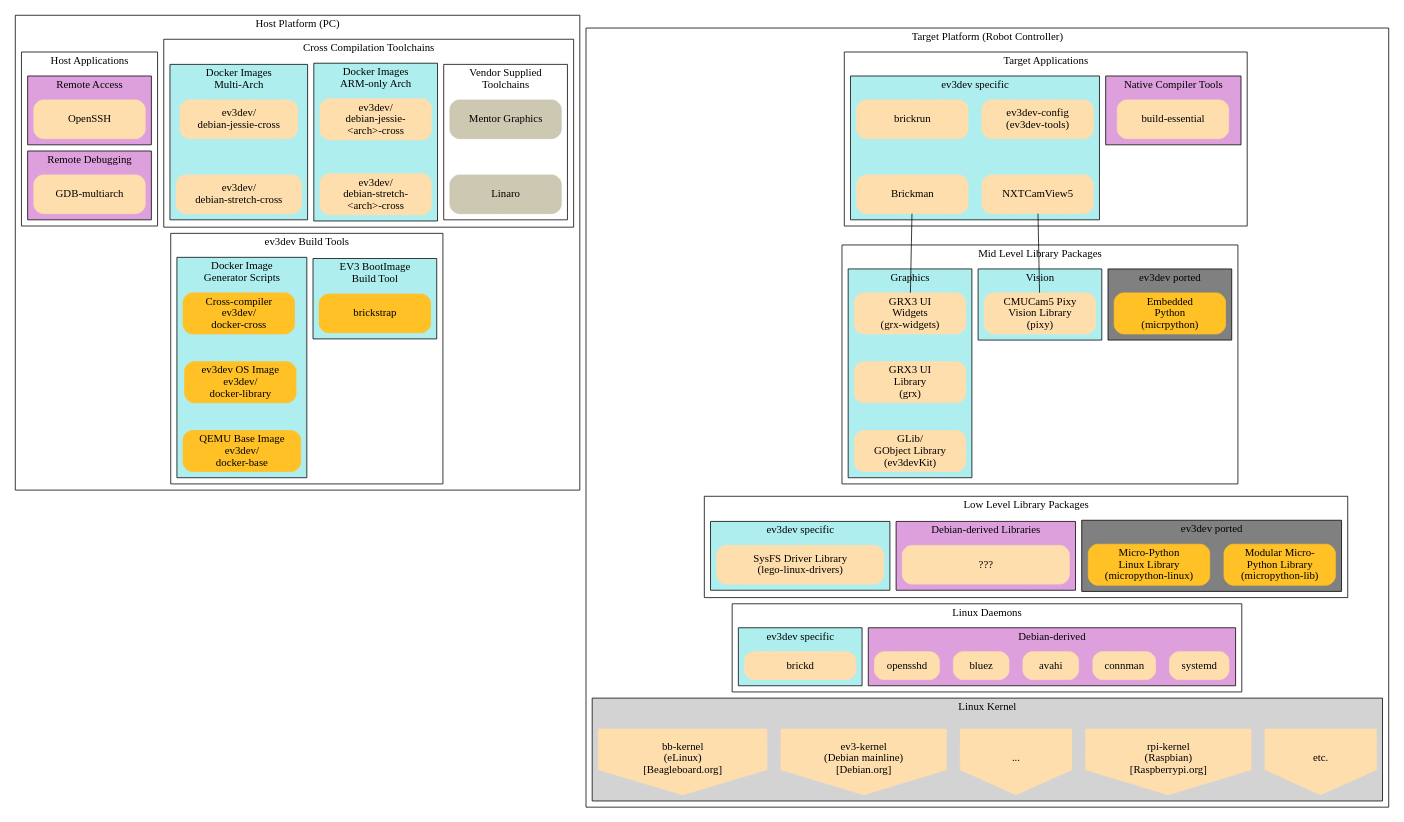
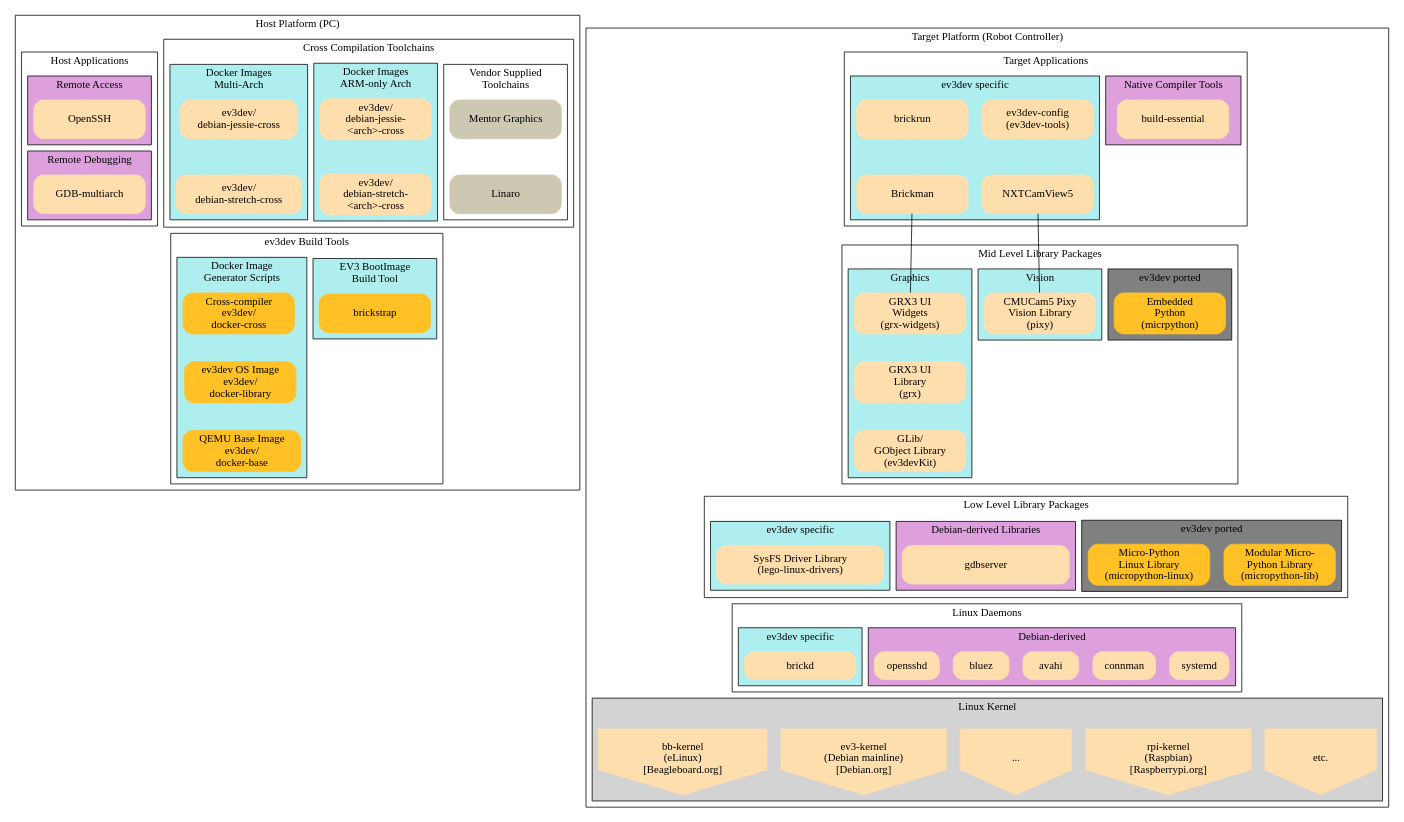
One commit to ev3dev/edu-docs changed the diagram in images/ev3dev-software-packages.dot. Above: the diagram before and after it, drawn with Graphviz. The commit also changed 2 other files, not shown here.

Commit message:
Explicitly mention gdbserver in ev3dev target packages

```diff
--- a/images/ev3dev-software-packages.dot
+++ b/images/ev3dev-software-packages.dot
@@ -160,7 +160,7 @@
 				style=filled;
 				fillcolor=plum;
 				node [shape=rect,style="filled,rounded",color=navajowhite,width=3,height=0.7];
-				"???"
+				"gdbserver"
 			};
 
 		subgraph cluster_4 {
@@ -212,7 +212,7 @@
 
 		"Modular Micro-\nPython Library\n(micropython-lib)"--"avahi"
 		"GLib/\nGObject Library\n(ev3devKit)"--"SysFS Driver Library\n(lego-linux-drivers)"
-		"???"--"avahi"
+		"gdbserver"--"avahi"
 		"SysFS Driver Library\n(lego-linux-drivers)"--"brickd" [ltail=cluster_4, lhead=cluster_3];
 		"avahi"--"..." [ltail=cluster_1,lhead=cluster_0];
 		"brickd"--"..." [ltail=cluster_2,lhead=cluster_0];
```
